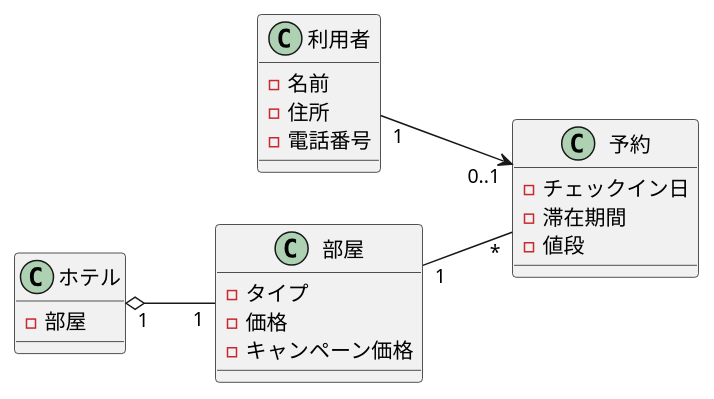
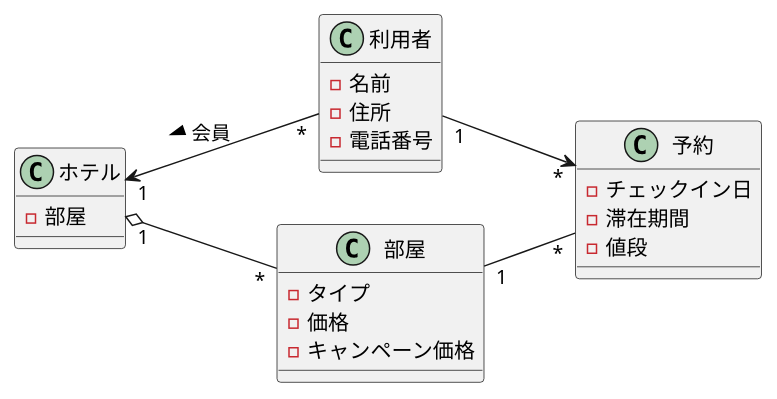
One commit to yoshidasen/uml-introduction changed the diagram in 演習3-3_CL_ホテルと利用者と部屋と予約.pu. Above: the diagram before and after it, drawn with PlantUML.

Commit message:
演習3-3 多重度・関連の修正、追記

```diff
--- a/演習3-3_CL_ホテルと利用者と部屋と予約.pu
+++ b/演習3-3_CL_ホテルと利用者と部屋と予約.pu
@@ -1,28 +1,26 @@
 @startuml ホテル
     left to right direction
     class "利用者" as C1 {
         - 名前
         - 住所
         - 電話番号
     }
     class "ホテル" as C2 {
         - 部屋
     }
     class "部屋" as C3 {
         - タイプ
         - 価格
         - キャンペーン価格
     }
     class "予約" as C4 {
         - チェックイン日
         - 滞在期間
         - 値段
     }
 
-    C1 "1" --> "0..1" C4
-    C2 "1" o-- "1" C3
-    C3 "1" -- "*" C4
-    
-
-    
+    C1 "1" --> "*" C4
+    C1 "*" -up-> "1" C2:会員 >
+    C2 "1" o-- "*" C3
+    C3 "1" -down- "*" C4
 @enduml
```
